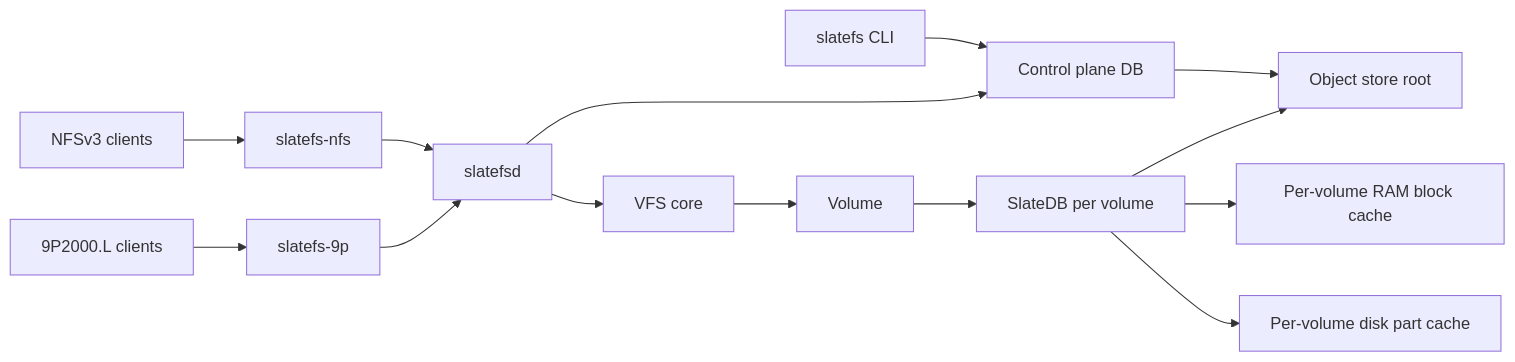
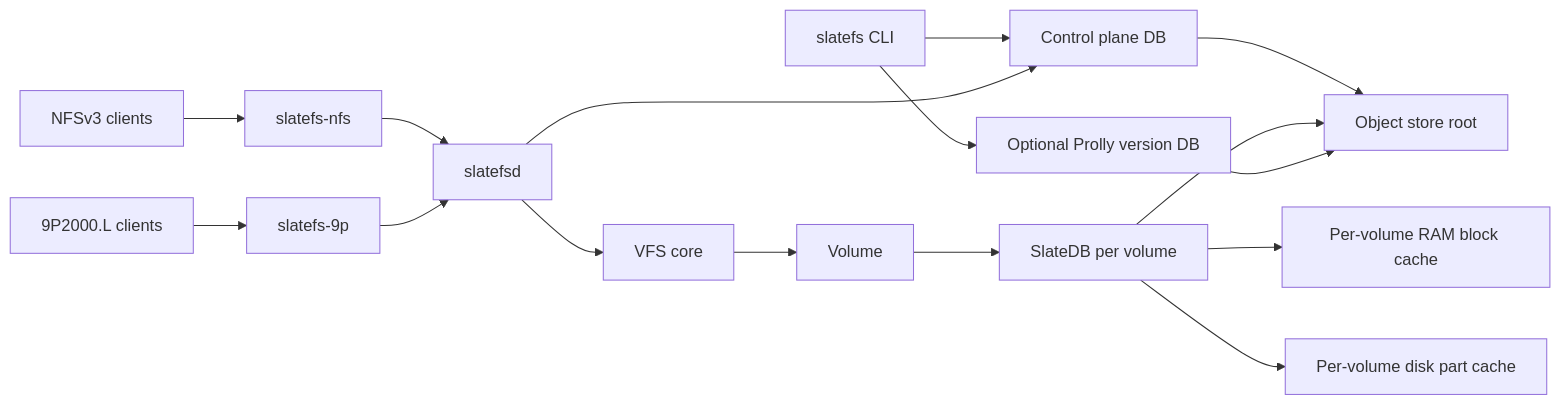
One commit to dunnry/slatefs changed the first of 2 diagrams in docs/architecture.md. Above: the diagram before and after it, drawn with Mermaid. The commit also changed other lines of this file and 13 other files, not shown here.

````diff
--- a/docs/architecture.md
+++ b/docs/architecture.md
@@ -11,16 +11,18 @@
 ```mermaid
 flowchart LR
     nfs["NFSv3 clients"] --> nfsfe["slatefs-nfs"]
     p9["9P2000.L clients"] --> p9fe["slatefs-9p"]
     nfsfe --> daemon["slatefsd"]
     p9fe --> daemon
     cli["slatefs CLI"] --> control["Control plane DB"]
+    cli --> versions["Optional Prolly version DB"]
     daemon --> control
     daemon --> vfs["VFS core"]
     vfs --> volume["Volume"]
     volume --> db["SlateDB per volume"]
     control --> store["Object store root"]
     db --> ram["Per-volume RAM block cache"]
     db --> disk["Per-volume disk part cache"]
     db --> store
+    versions --> store
 ```
````
